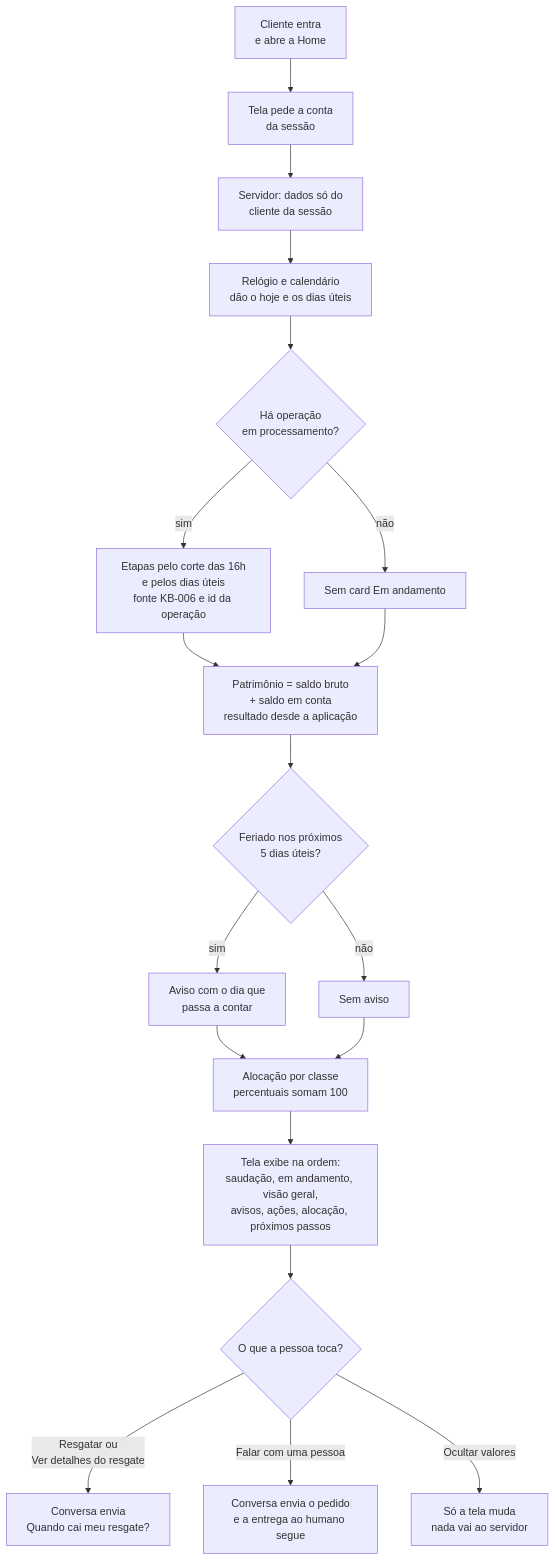
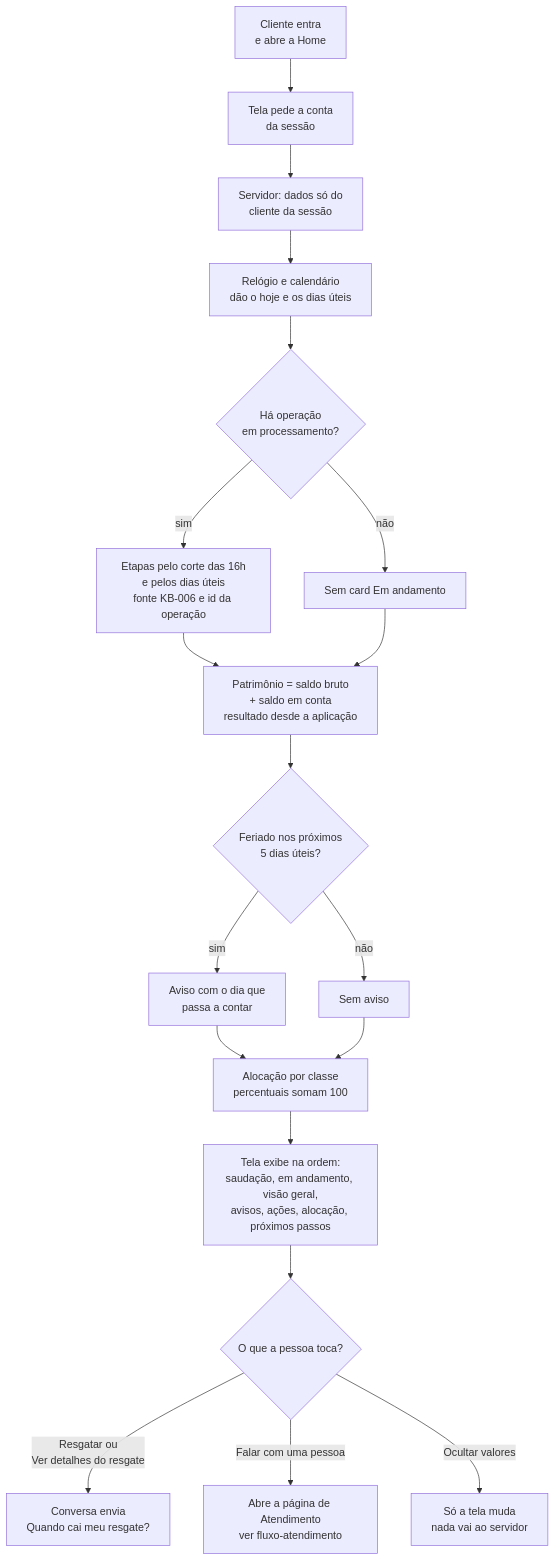
Before and after one commit to KainanGuerra/caqui-avenue: the diagram in documentation/diagrams/fluxo-home.md, drawn with Mermaid. The commit also changed 23 other files, not shown here.

````diff
--- a/documentation/diagrams/fluxo-home.md
+++ b/documentation/diagrams/fluxo-home.md
@@ -5,21 +5,21 @@
 ```mermaid
 flowchart TD
     A["Cliente entra<br/>e abre a Home"] --> B["Tela pede a conta<br/>da sessão"]
     B --> C["Servidor: dados só do<br/>cliente da sessão"]
     C --> D["Relógio e calendário<br/>dão o hoje e os dias úteis"]
     D --> E{"Há operação<br/>em processamento?"}
     E -->|sim| F["Etapas pelo corte das 16h<br/>e pelos dias úteis<br/>fonte KB-006 e id da operação"]
     E -->|não| G["Sem card Em andamento"]
     F --> H["Patrimônio = saldo bruto<br/>+ saldo em conta<br/>resultado desde a aplicação"]
     G --> H
     H --> I{"Feriado nos próximos<br/>5 dias úteis?"}
     I -->|sim| J["Aviso com o dia que<br/>passa a contar"]
     I -->|não| K["Sem aviso"]
     J --> L["Alocação por classe<br/>percentuais somam 100"]
     K --> L
     L --> M["Tela exibe na ordem:<br/>saudação, em andamento, visão geral,<br/>avisos, ações, alocação, próximos passos"]
     M --> N{"O que a pessoa toca?"}
     N -->|"Resgatar ou<br/>Ver detalhes do resgate"| O["Conversa envia<br/>Quando cai meu resgate?"]
-    N -->|"Falar com uma pessoa"| P["Conversa envia o pedido<br/>e a entrega ao humano segue"]
+    N -->|"Falar com uma pessoa"| P["Abre a página de Atendimento<br/>ver fluxo-atendimento"]
     N -->|"Ocultar valores"| Q["Só a tela muda<br/>nada vai ao servidor"]
 ```
````
